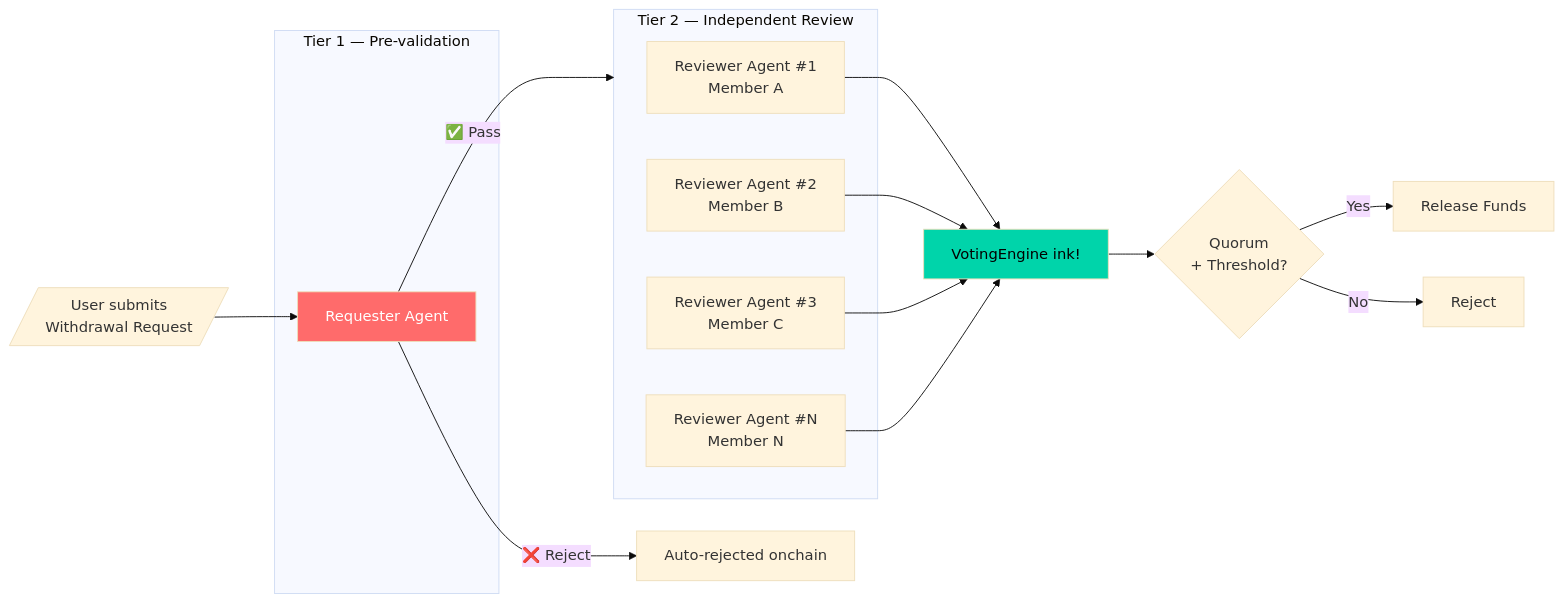
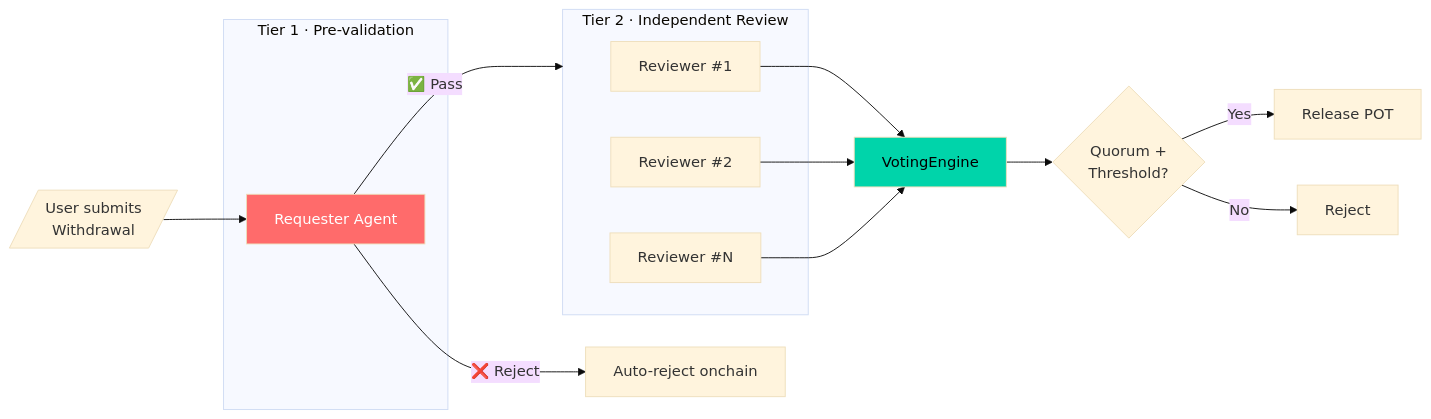
One commit to EzraNahumury/auralis changed the second of 7 diagrams in README.md. Above: the diagram before and after it, drawn with Mermaid (base theme). The commit also changed other lines of this file, not shown here.

````diff
--- a/README.md
+++ b/README.md
@@ -228,29 +199,27 @@
 ```mermaid
 flowchart LR
-    subgraph T1["Tier 1 — Pre-validation"]
+    subgraph T1["Tier 1 · Pre-validation"]
         RA[Requester Agent]
     end
 
-    subgraph T2["Tier 2 — Independent Review"]
-        REV1[Reviewer Agent #1<br/>Member A]
-        REV2[Reviewer Agent #2<br/>Member B]
-        REV3[Reviewer Agent #3<br/>Member C]
-        REVN[Reviewer Agent #N<br/>Member N]
+    subgraph T2["Tier 2 · Independent Review"]
+        R1[Reviewer #1]
+        R2[Reviewer #2]
+        R3[Reviewer #N]
     end
 
-    REQ[/User submits<br/>Withdrawal Request/] --> RA
+    REQ[/User submits<br/>Withdrawal/] --> RA
     RA -->|✅ Pass| T2
-    RA -->|❌ Reject| END[Auto-rejected onchain]
+    RA -->|❌ Reject| END[Auto-reject onchain]
 
-    REV1 --> VOTE[VotingEngine ink!]
-    REV2 --> VOTE
-    REV3 --> VOTE
-    REVN --> VOTE
+    R1 --> VE[VotingEngine]
+    R2 --> VE
+    R3 --> VE
 
-    VOTE --> RESULT{Quorum<br/>+ Threshold?}
-    RESULT -->|Yes| EXEC[Release Funds]
-    RESULT -->|No| DENY[Reject]
+    VE --> CHK{Quorum +<br/>Threshold?}
+    CHK -->|Yes| EXEC[Release POT]
+    CHK -->|No| REJ[Reject]
 
     style RA fill:#ff6b6b,color:#fff
-    style VOTE fill:#00d4aa,color:#000
+    style VE fill:#00d4aa,color:#000
 ```
````
